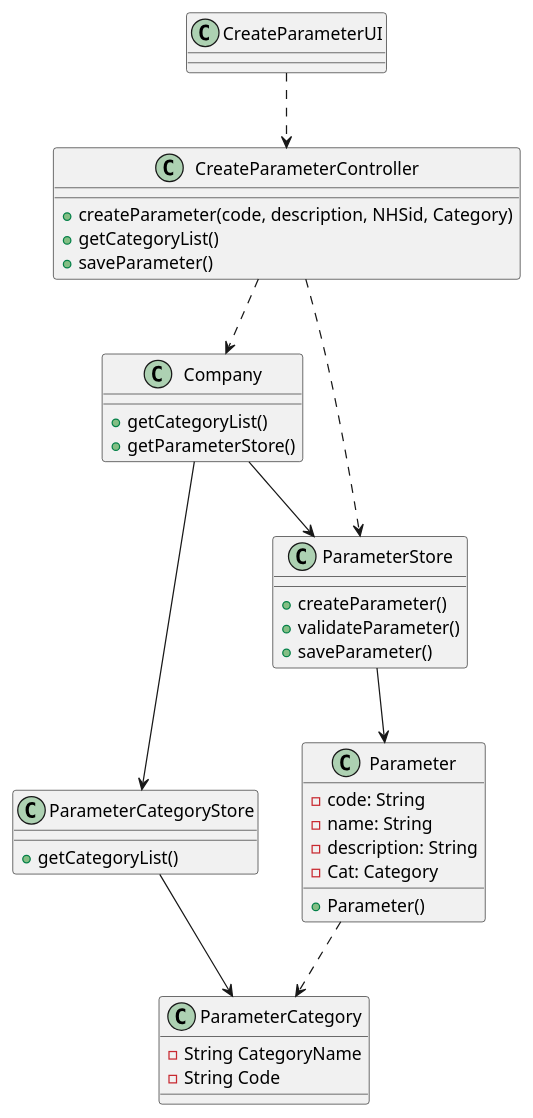
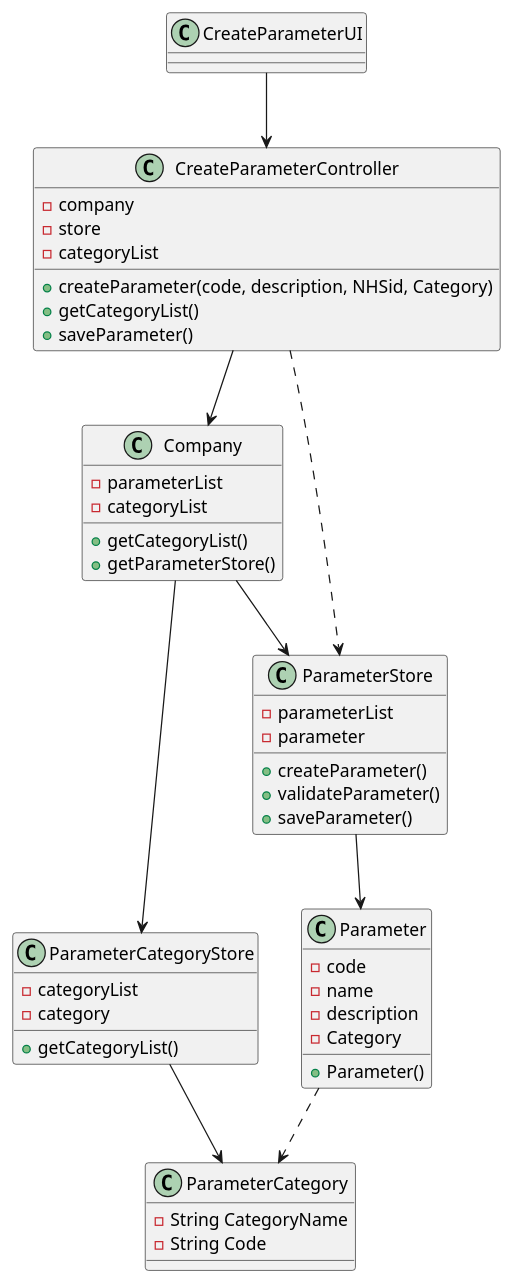
Before and after one commit to MarianaCLages/LAPR2: the diagram in docs/SprintB/US10/US10_CD.puml, drawn with PlantUML. The commit also changed 11 other files, not shown here.

Commit message:
Updates on classes diagrams

```diff
--- a/docs/SprintB/US10/US10_CD.puml
+++ b/docs/SprintB/US10/US10_CD.puml
@@ -1,55 +1,64 @@
 @startuml
 
 class ParameterCategory {
   -String CategoryName
   -String Code
 }
 
 class Company{
+-parameterList
+-categoryList
 +getCategoryList()
 +getParameterStore()
 }
 
 class CreateParameterController {
+-company
+-store
+-categoryList
 +createParameter(code, description, NHSid, Category)
 +getCategoryList()
 +saveParameter()
 }
 
 class CreateParameterUI{
 }
 
 class ParameterCategoryStore{
+-categoryList
+-category
 +getCategoryList()
 }
 
 class ParameterStore{
+-parameterList
+-parameter
 +createParameter()
 +validateParameter()
 +saveParameter()
 }
 
 class Parameter{
--code: String
--name: String
--description: String
--Cat: Category
+-code
+-name
+-description
+-Category
 +Parameter()
 }
 
-CreateParameterUI ..> CreateParameterController
+CreateParameterUI --> CreateParameterController
 
-CreateParameterController ..> Company
+CreateParameterController --> Company
 CreateParameterController ..> ParameterStore
 
 Company --> ParameterCategoryStore
 Company --> ParameterStore
 
 ParameterStore --> Parameter
 
 ParameterCategoryStore --> ParameterCategory
 
 
 
 Parameter  ..>  ParameterCategory
 @enduml
```
